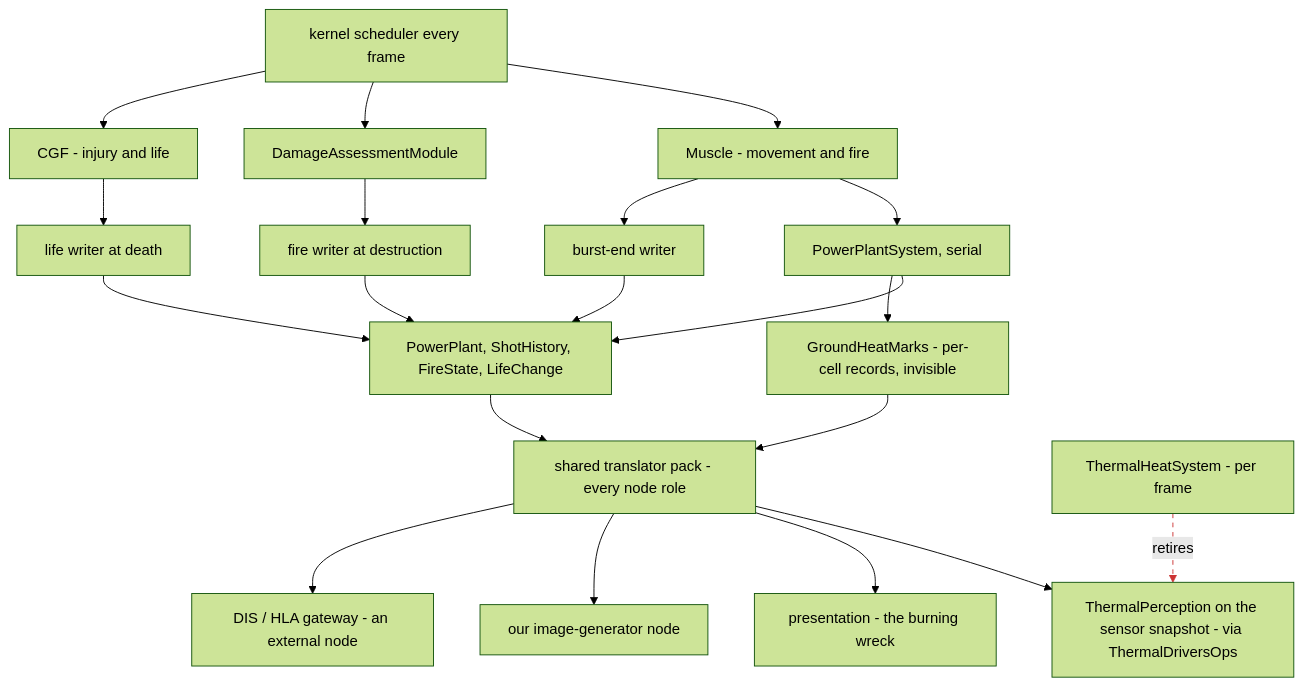
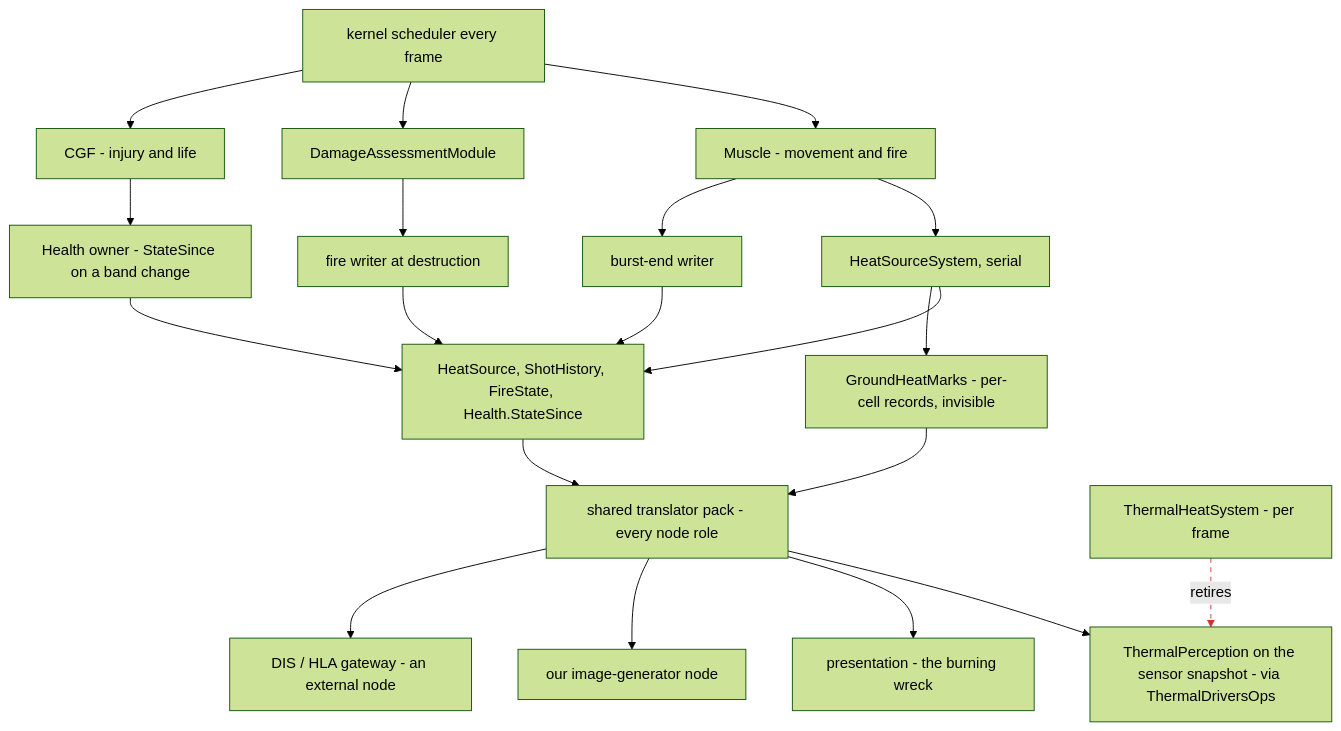
The third of 3 diagrams in docs/designs/thermal/DESIGN_Thermal_Drivers.md (pjanec/HROT), drawn with Mermaid (forest theme) before and after one commit. The commit also changed other lines of this file, not shown here.

First line of the commit message:
thermal drivers: HeatSource (engine or body, motion included), ShotHistory on the owner, Health.StateSince instead of LifeChange — the 2026-11-18 review (still not approved)

````diff
--- a/docs/designs/thermal/DESIGN_Thermal_Drivers.md
+++ b/docs/designs/thermal/DESIGN_Thermal_Drivers.md
@@ -236,23 +245,23 @@
 ```mermaid
 graph TD
   SCH[kernel scheduler every frame] --> MUS[Muscle - movement and fire]
   SCH --> DAM[DamageAssessmentModule]
   SCH --> CGF[CGF - injury and life]
-  MUS --> PPS[PowerPlantSystem, serial]
+  MUS --> PPS[HeatSourceSystem, serial]
   MUS --> BW[burst-end writer]
   DAM --> FW[fire writer at destruction]
-  CGF --> LW[life writer at death]
-  PPS --> TD[PowerPlant, ShotHistory, FireState, LifeChange]
+  CGF --> LW[Health owner - StateSince on a band change]
+  PPS --> TD[HeatSource, ShotHistory, FireState, Health.StateSince]
   BW --> TD
   FW --> TD
   LW --> TD
   TD --> PACK[shared translator pack - every node role]
   PACK --> SENS[ThermalPerception on the sensor snapshot - via ThermalDriversOps]
   PACK --> FX[presentation - the burning wreck]
   PACK --> IG[our image-generator node]
   PACK --> GW[DIS / HLA gateway - an external node]
   PPS --> HM[GroundHeatMarks - per-cell records, invisible]
   HM --> PACK
   OLD[ThermalHeatSystem - per frame] -.retires.-> SENS
   linkStyle 18 stroke:#c33,stroke-dasharray: 5 5
 ```
````
